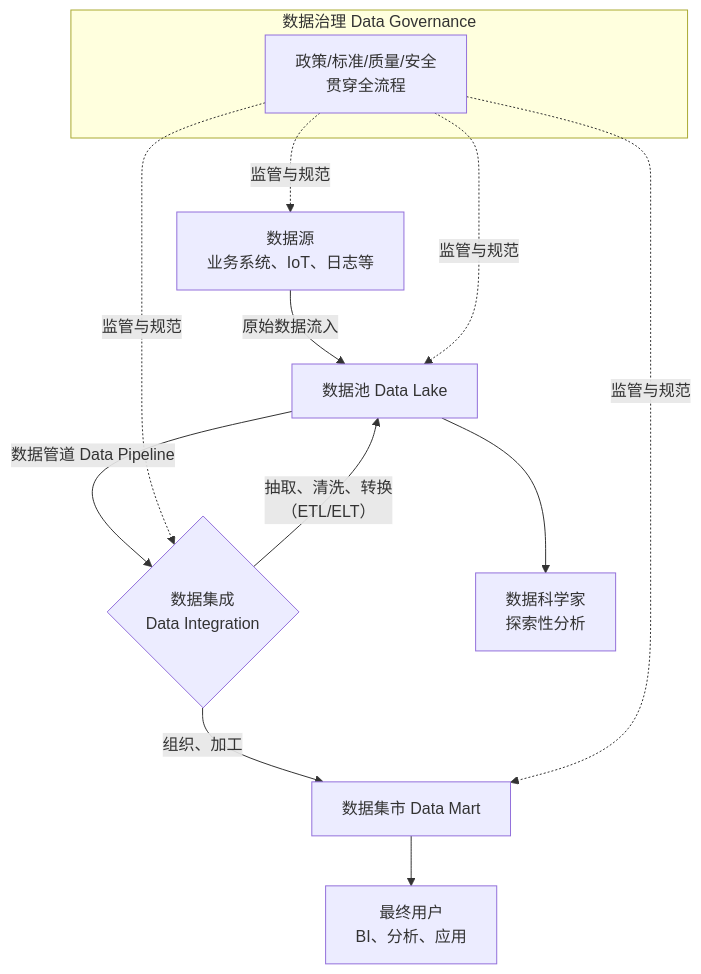
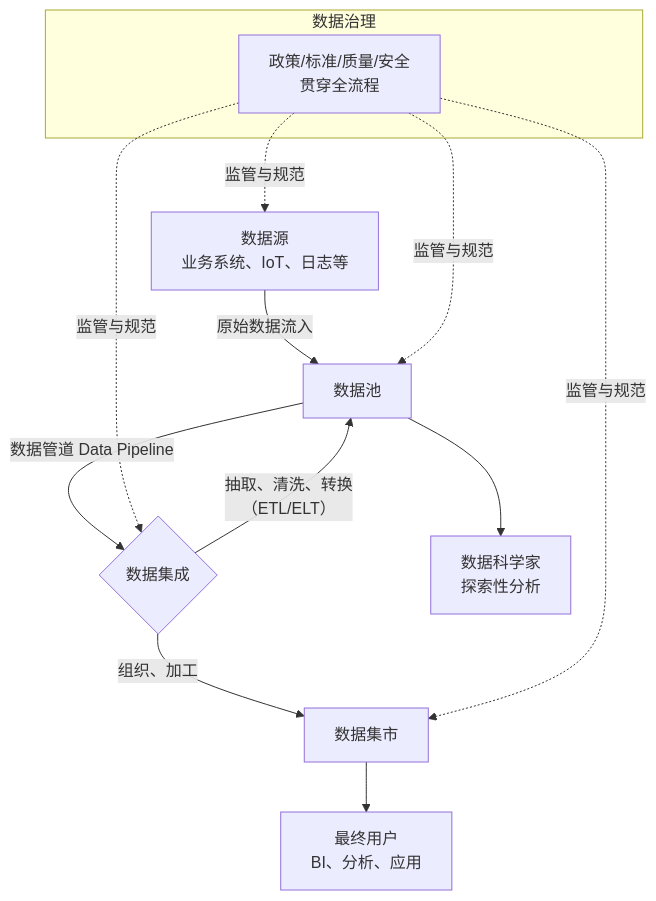
The first of 2 diagrams in backup/DataScience Glossary Flowchart.md (ColdSpellhere/ColdSpellhere.github.io), drawn with Mermaid before and after one commit. The commit also changed other lines of this file and 4 other files, not shown here.

````diff
--- a/backup/DataScience Glossary Flowchart.md
+++ b/backup/DataScience Glossary Flowchart.md
@@ -2,20 +2,20 @@
 ```mermaid
 flowchart TD
-    A[数据源<br>业务系统、IoT、日志等] -->|原始数据流入| B[数据池 Data Lake]
+    A[数据源<br>业务系统、IoT、日志等] -->|原始数据流入| B[数据池 ]
 
-    subgraph Governance [数据治理 Data Governance]
+    subgraph Governance [数据治理 ]
         G[政策/标准/质量/安全<br>贯穿全流程]
     end
 
-    B -- 数据管道 Data Pipeline --> C{数据集成<br>Data Integration}
+    B -- 数据管道 Data Pipeline --> C{数据集成<br>}
     C -- 抽取、清洗、转换<br>（ETL/ELT） --> B
-    C -- 组织、加工 --> D[数据集市 Data Mart]
+    C -- 组织、加工 --> D[数据集市 ]
 
     D --> E[最终用户<br>BI、分析、应用]
     B --> F[数据科学家<br>探索性分析]
 
     G -.->|监管与规范| A
     G -.->|监管与规范| B
     G -.->|监管与规范| C
     G -.->|监管与规范| D
 ```
````
